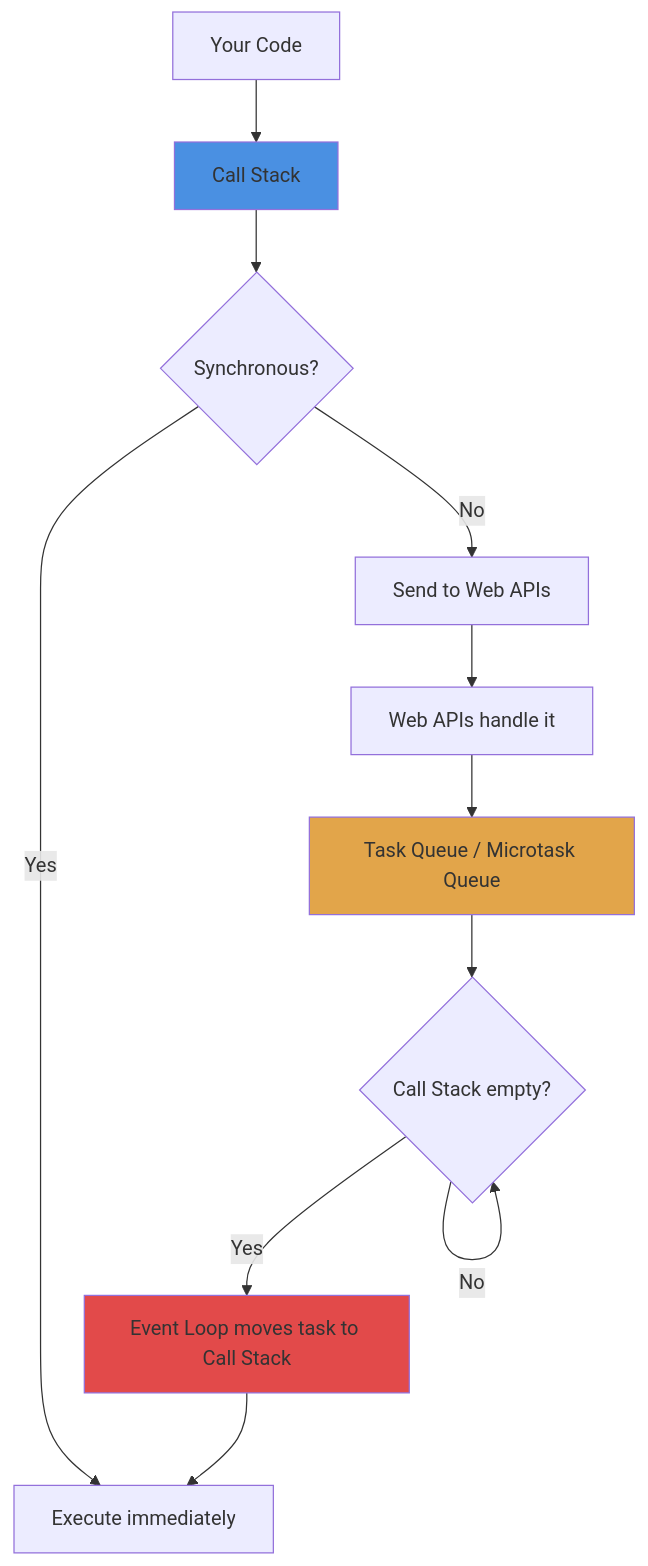
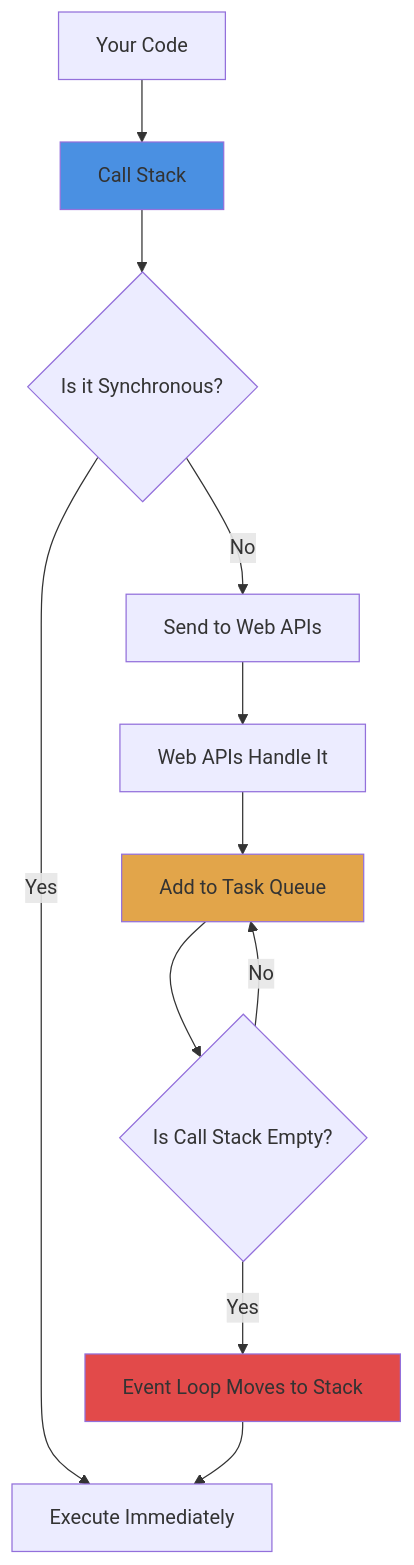
The first of 2 diagrams in javascript/event_loop/README.md (upasanaprabhakar/web-dev-handbook), drawn with Mermaid before and after one commit.

Commit message:
event loop topic with examples

````diff
--- a/javascript/event_loop/README.md
+++ b/javascript/event_loop/README.md
@@ -24,17 +24,17 @@
 ```mermaid
-graph TB
+graph TD
     A[Your Code] --> B[Call Stack]
-    B --> C{Synchronous?}
-    C -->|Yes| D[Execute immediately]
+    B --> C{Is it Synchronous?}
+    C -->|Yes| D[Execute Immediately]
     C -->|No| E[Send to Web APIs]
-    E --> F[Web APIs handle it]
-    F --> G[Task Queue / Microtask Queue]
-    G --> H{Call Stack empty?}
-    H -->|No| H
-    H -->|Yes| I[Event Loop moves task to Call Stack]
+    E --> F[Web APIs Handle It]
+    F --> G[Add to Task Queue]
+    G --> H{Is Call Stack Empty?}
+    H -->|No| G
+    H -->|Yes| I[Event Loop Moves to Stack]
     I --> D
     
     style B fill:#4a90e2
     style G fill:#e2a54a
     style I fill:#e24a4a
 ```
````
